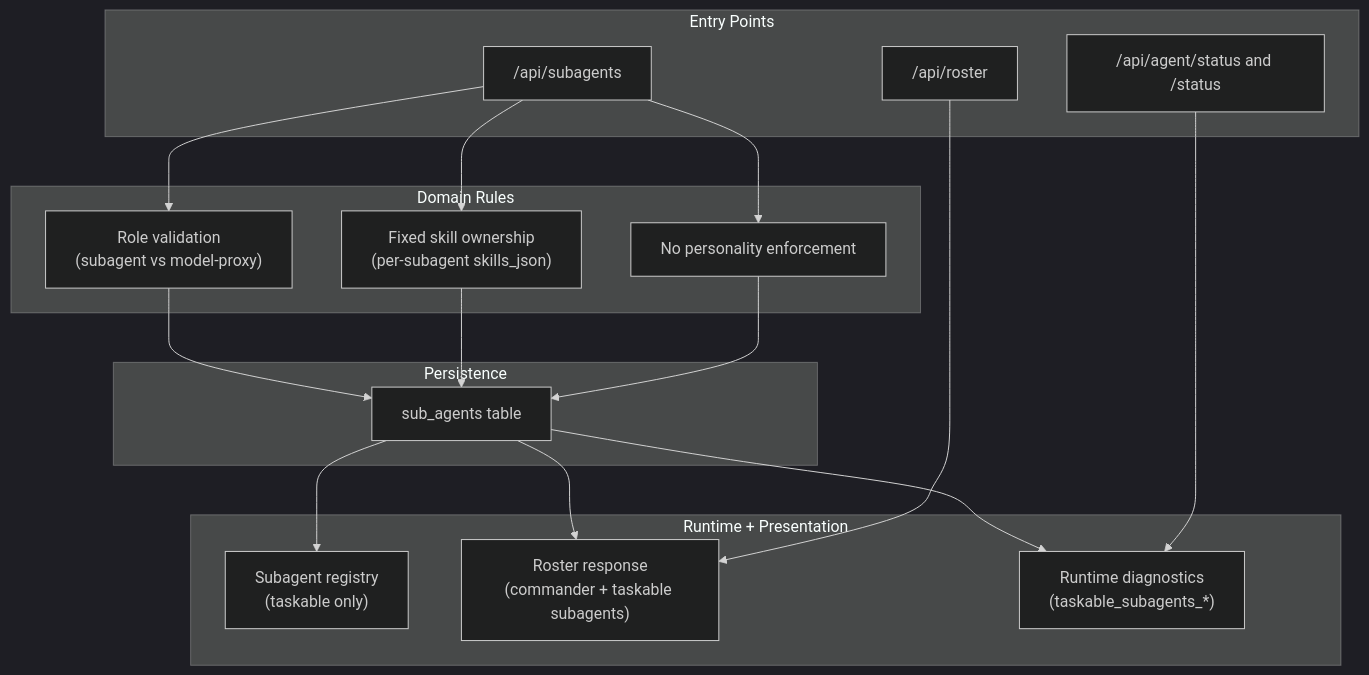
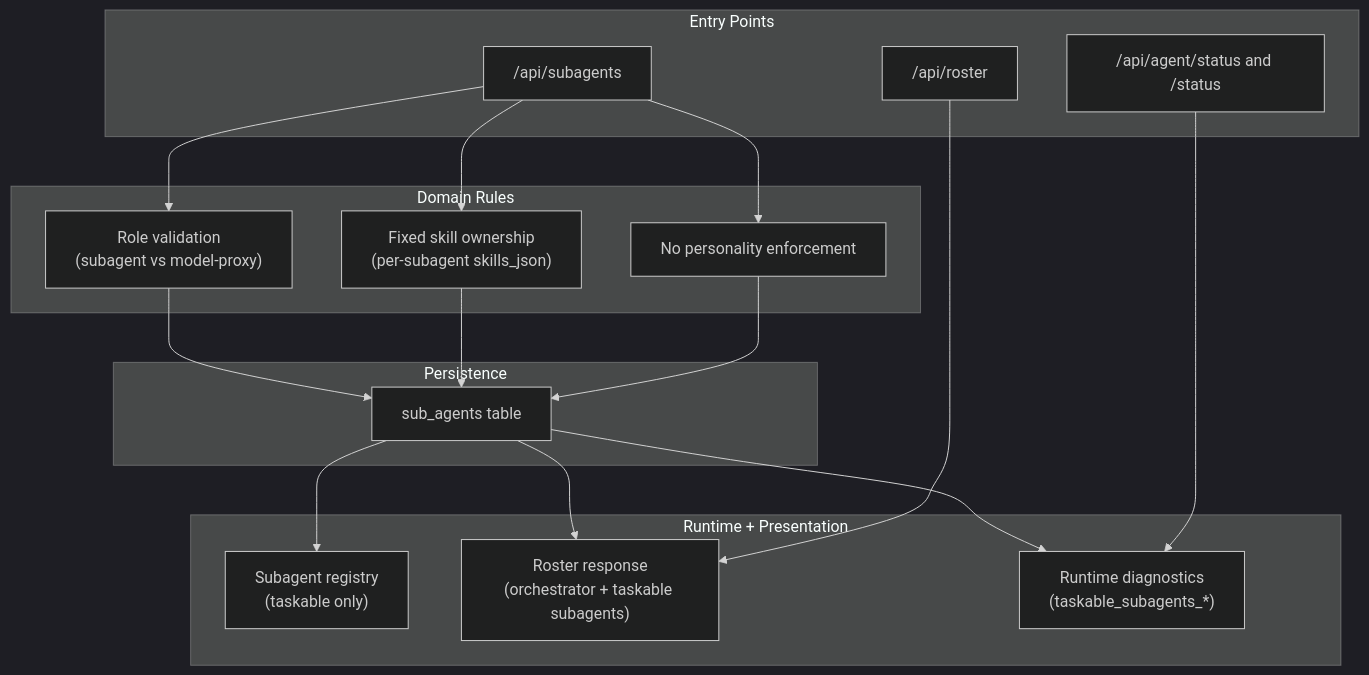
One commit to robot-accomplice/ironclad changed the third of 4 diagrams in docs/architecture/subagent-ubiquitous-language.md. Above: the diagram before and after it, drawn with Mermaid (dark theme). The commit also changed other lines of this file and 166 other files, not shown here.

````diff
--- a/docs/architecture/subagent-ubiquitous-language.md
+++ b/docs/architecture/subagent-ubiquitous-language.md
@@ -128,38 +128,38 @@
 ```mermaid
 flowchart TD
   subgraph Entry["Entry Points"]
     API_SUB["/api/subagents"]
     API_ROSTER["/api/roster"]
     API_STATUS["/api/agent/status and /status"]
   end
 
   subgraph Domain["Domain Rules"]
     ROLE_VALIDATE["Role validation\n(subagent vs model-proxy)"]
     SKILL_FIX["Fixed skill ownership\n(per-subagent skills_json)"]
     NO_PERSONA["No personality enforcement"]
   end
 
   subgraph Storage["Persistence"]
     DB_SUB["sub_agents table"]
   end
 
   subgraph Runtime["Runtime + Presentation"]
     REGISTRY["Subagent registry\n(taskable only)"]
-    ROSTER_VIEW["Roster response\n(commander + taskable subagents)"]
+    ROSTER_VIEW["Roster response\n(orchestrator + taskable subagents)"]
     STATUS_VIEW["Runtime diagnostics\n(taskable_subagents_*)"]
   end
 
   API_SUB --> ROLE_VALIDATE
   API_SUB --> SKILL_FIX
   API_SUB --> NO_PERSONA
   ROLE_VALIDATE --> DB_SUB
   SKILL_FIX --> DB_SUB
   NO_PERSONA --> DB_SUB
 
   DB_SUB --> REGISTRY
   DB_SUB --> ROSTER_VIEW
   DB_SUB --> STATUS_VIEW
 
   API_ROSTER --> ROSTER_VIEW
   API_STATUS --> STATUS_VIEW
 ```
````
